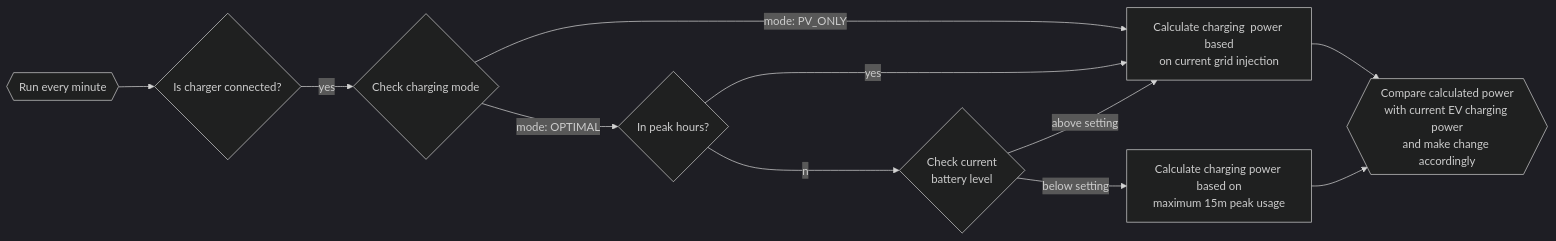
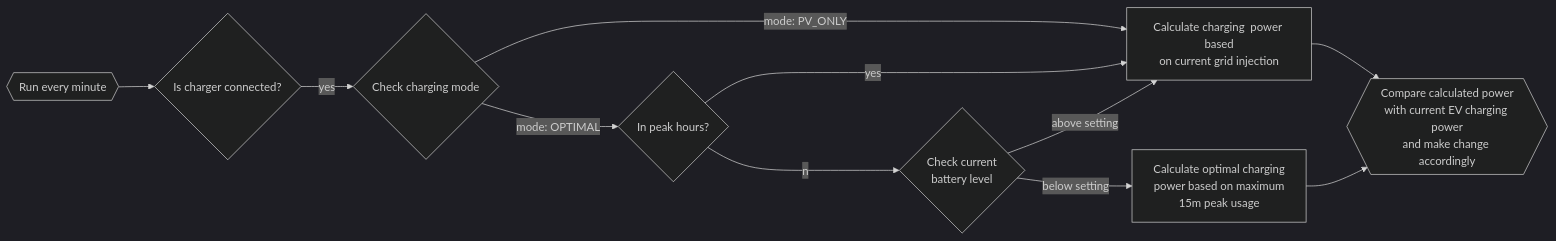
The first of 2 diagrams in README.md (erwin1/homecontrol), drawn with Mermaid (dark theme) before and after one commit. The commit also changed other lines of this file, not shown here.

````diff
--- a/README.md
+++ b/README.md
@@ -19,13 +19,13 @@
 ```mermaid
 flowchart LR
 start{{Run every minute}} --> checkconnected{Is charger connected?}
 checkconnected --yes--> calcpower{Check charging mode}
 peakhours --yes--> usepv[Calculate charging  power based<br>on current grid injection]
 checklevel --above setting--> usepv
 calcpower --mode: PV_ONLY--> usepv
 calcpower --mode: OPTIMAL--> peakhours{In peak hours?}
 peakhours --no--> checklevel{Check current<br>battery level}
-checklevel --below setting--> useopt[Calculate charging power based on<br>maximum 15m peak usage]
+checklevel --below setting--> useopt[Calculate optimal charging<br>power based on maximum<br>15m peak usage]
 usepv --> charge{{Compare calculated power<br>with current EV charging power<br>and make change accordingly}}
 useopt --> charge
 ```
````
